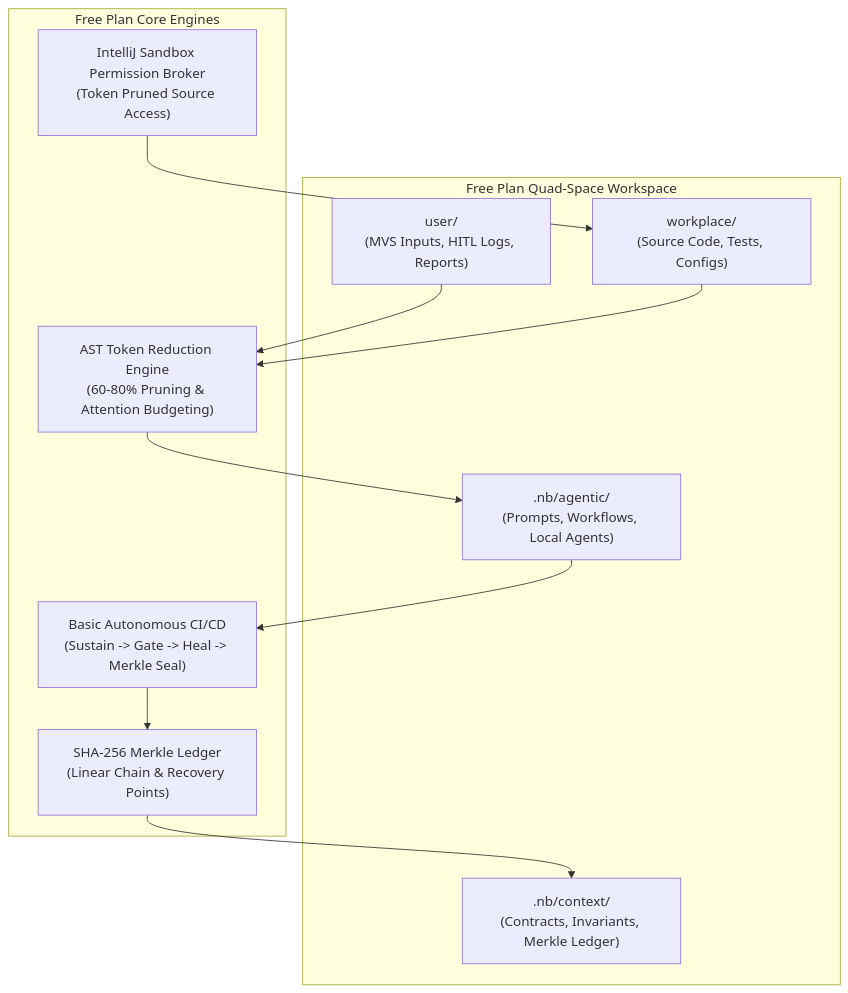
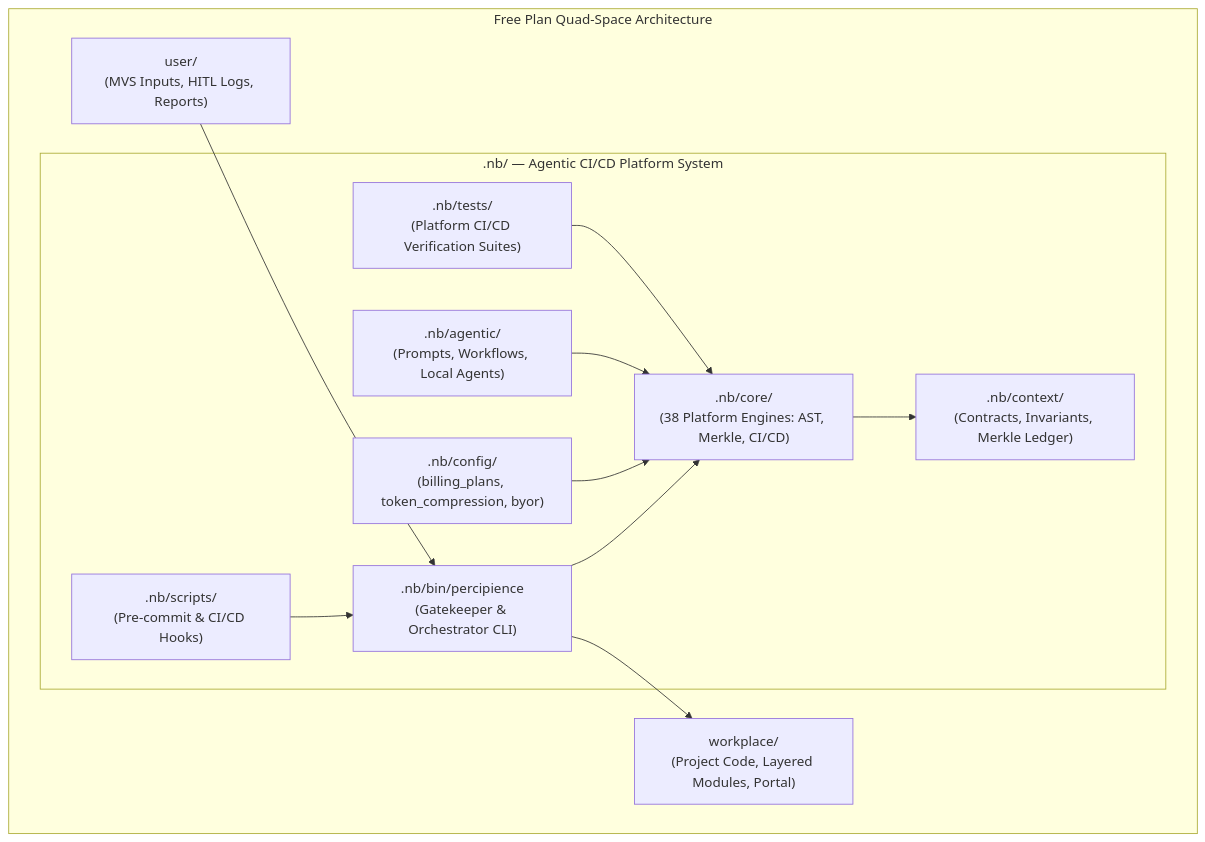
Before and after one commit to lakhwindersingh/nb_fairyfly: the diagram in .nb/plan/claude-context-engineering-parent-master-free_plan.md, drawn with Mermaid. The commit also changed other lines of this file and 2 other files, not shown here.

````diff
--- a/.nb/plan/claude-context-engineering-parent-master-free_plan.md
+++ b/.nb/plan/claude-context-engineering-parent-master-free_plan.md
@@ -16,24 +17,26 @@
 ```mermaid
 graph TD
-  subgraph Free_Plan_Workspace["Free Plan Quad-Space Workspace"]
+  subgraph Free_Plan_Workspace["Free Plan Quad-Space Architecture"]
     UserSpace["user/<br/>(MVS Inputs, HITL Logs, Reports)"]
-    WorkplaceSpace["workplace/<br/>(Source Code, Tests, Configs)"]
-    ContextSpace[".nb/context/<br/>(Contracts, Invariants, Merkle Ledger)"]
-    AgenticSpace[".nb/agentic/<br/>(Prompts, Workflows, Local Agents)"]
+    WorkplaceSpace["workplace/<br/>(Project Code, Layered Modules, Portal)"]
+    
+    subgraph Agentic_CICD_Platform[".nb/ — Agentic CI/CD Platform System"]
+      NBCli[".nb/bin/percipience<br/>(Gatekeeper & Orchestrator CLI)"]
+      NBConfig[".nb/config/<br/>(billing_plans, token_compression, byor)"]
+      NBCore[".nb/core/<br/>(38 Platform Engines: AST, Merkle, CI/CD)"]
+      NBContext[".nb/context/<br/>(Contracts, Invariants, Merkle Ledger)"]
+      NBAgentic[".nb/agentic/<br/>(Prompts, Workflows, Local Agents)"]
+      NBScripts[".nb/scripts/<br/>(Pre-commit & CI/CD Hooks)"]
+      NBTests[".nb/tests/<br/>(Platform CI/CD Verification Suites)"]
+    end
   end
 
-  subgraph Free_Core_Capabilities["Free Plan Core Engines"]
-    TokenEngine["AST Token Reduction Engine<br/>(60-80% Pruning & Attention Budgeting)"]
-    MerkleEngine["SHA-256 Merkle Ledger<br/>(Linear Chain & Recovery Points)"]
-    BasicCICD["Basic Autonomous CI/CD<br/>(Sustain -> Gate -> Heal -> Merkle Seal)"]
-    SandboxBroker["IntelliJ Sandbox Permission Broker<br/>(Token Pruned Source Access)"]
-  end
-
-  UserSpace --> TokenEngine
-  WorkplaceSpace --> TokenEngine
-  TokenEngine --> AgenticSpace
-  AgenticSpace --> BasicCICD
-  BasicCICD --> MerkleEngine
-  MerkleEngine --> ContextSpace
-  SandboxBroker --> WorkplaceSpace
+  NBCli --> NBCore
+  NBConfig --> NBCore
+  NBCore --> NBContext
+  NBAgentic --> NBCore
+  NBScripts --> NBCli
+  NBCli --> WorkplaceSpace
+  UserSpace --> NBCli
+  NBTests --> NBCore
 ```
````
